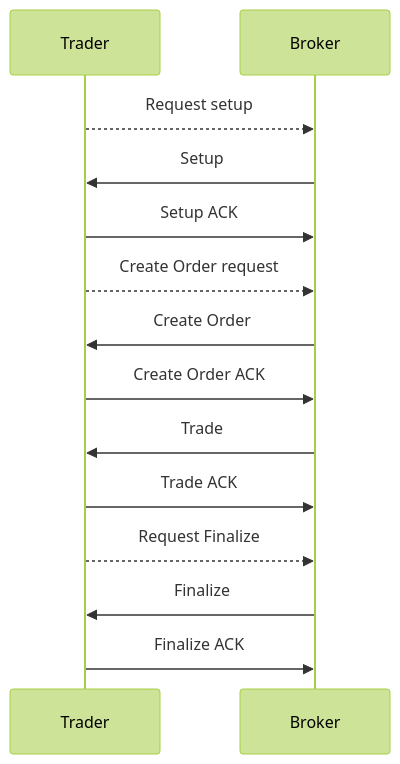
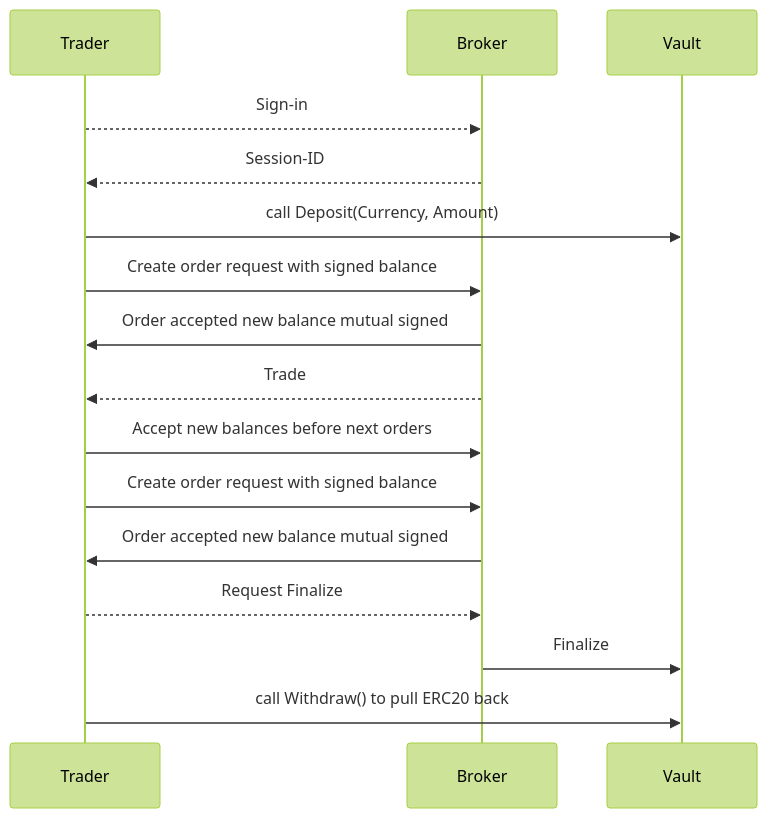
Before and after one commit to openware/open-finance: the diagram in docs/10_trading-channels.md, drawn with Mermaid (forest theme). The commit also changed other lines of this file, not shown here.

````diff
--- a/docs/10_trading-channels.md
+++ b/docs/10_trading-channels.md
@@ -18,15 +32,16 @@
 ```mermaid
 sequenceDiagram;
-    Trader-->>Broker: Request setup
-    Broker->>Trader: Setup
-    Trader->>Broker: Setup ACK
-    Trader-->>Broker: Create Order request
-    Broker->>Trader: Create Order
-    Trader->>Broker: Create Order ACK
-    Broker->>Trader: Trade
-    Trader->>Broker: Trade ACK
+    Trader-->>Broker: Sign-in
+    Broker-->>Trader: Session-ID
+    Trader->>Vault: call Deposit(Currency, Amount)
+    Trader->>Broker: Create order request with signed balance
+    Broker->>Trader: Order accepted new balance mutual signed
+    Broker-->>Trader: Trade
+    Trader->>Broker: Accept new balances before next orders
+    Trader->>Broker: Create order request with signed balance
+    Broker->>Trader: Order accepted new balance mutual signed
     Trader-->>Broker: Request Finalize
-    Broker->>Trader: Finalize
-    Trader->>Broker: Finalize ACK
+    Broker->>Vault: Finalize
+    Trader->>Vault: call Withdraw() to pull ERC20 back
 
 ```
````
